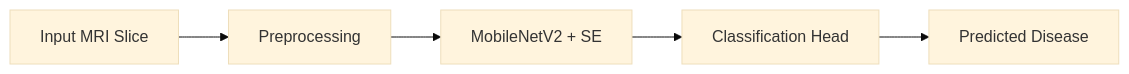
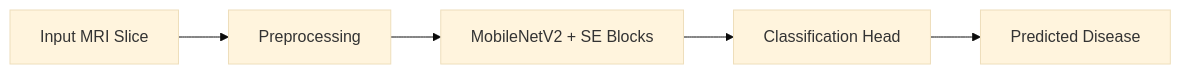
One commit to ShadmanRahman786/Thesis_summary changed the diagram in README.md. Above: the diagram before and after it, drawn with Mermaid (base theme). The commit also changed other lines of this file, not shown here.

````diff
--- a/README.md
+++ b/README.md
@@ -75,7 +76,7 @@
 ```mermaid
 graph LR
 A[Input MRI Slice] --> B[Preprocessing]
-B --> C[MobileNetV2 + SE]
+B --> C[MobileNetV2 + SE Blocks]
 C --> D[Classification Head]
 D --> E[Predicted Disease]
 ```
````
